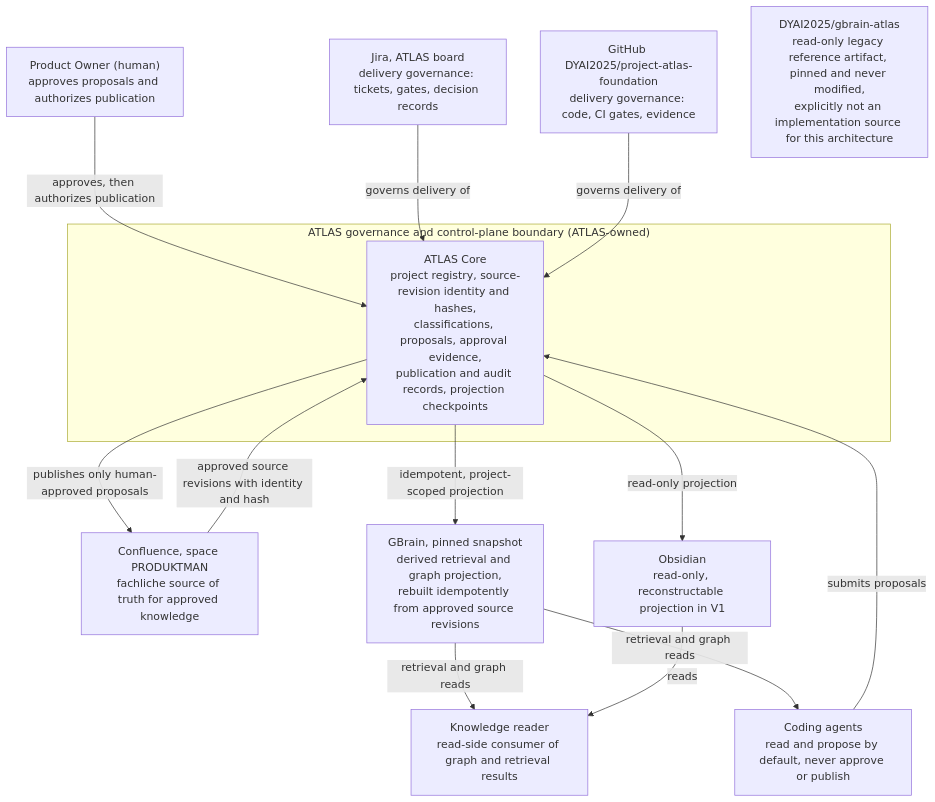
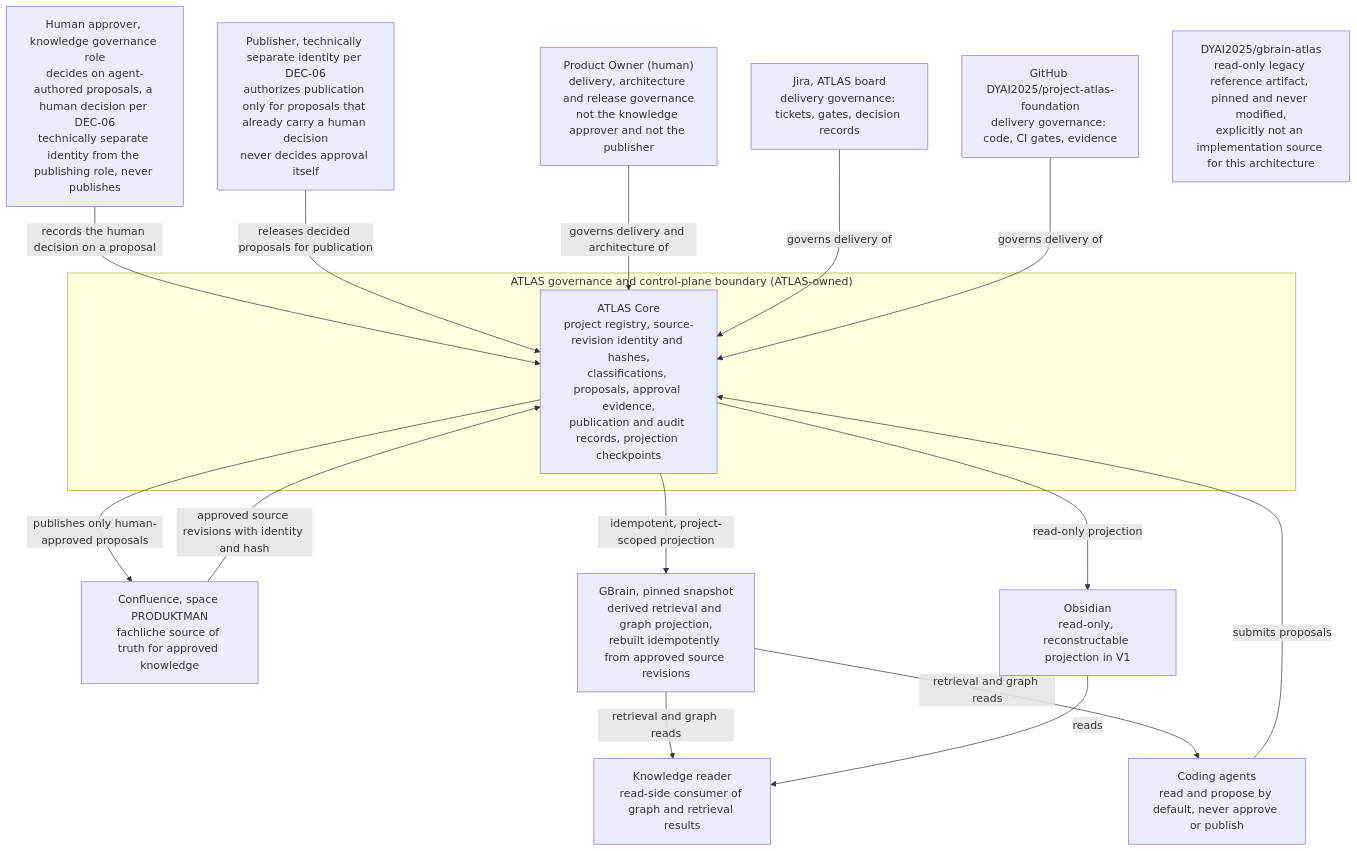
One commit to DYAI2025/project-atlas-foundation changed the diagram in architecture/c4-context.mmd. Above: the diagram before and after it, drawn with Mermaid. The commit also changed 1 other file, not shown here.

```diff
--- a/architecture/c4-context.mmd
+++ b/architecture/c4-context.mmd
@@ -1,38 +1,49 @@
 %% C4 Level 1 — System Context, Project ATLAS
 %% Declared by architecture-decision.json (AD-001) as diagram_paths[0].
 %% Authoritative reasoning: architecture/adr/ADR-0001-canonical-store-and-gbrain-projection.md
 %% Scope limits: this is the APPROVED ARCHITECTURE BOUNDARY at context granularity.
 %%   - It is not an implementation-status claim. AD-001 is "conditional" and
 %%     reports/release-decision.json is NOT_READY; runtime containers do not exist yet.
 %%   - It is not a container or deployment diagram. Technology and stack choices are
 %%     deliberately absent, including any graph UI stack (approval-boundary.md item 7).
+%% Knowledge governance follows DEC-06 exactly and adds nothing to it:
+%%   - regular coding agents hold read and propose only;
+%%   - an agent-authored knowledge change needs a human decision;
+%%   - the deciding role and the publishing role are technically separate identities;
+%%   - direct agent publication does not exist.
+%% Which person or team is assigned either role is an operational matter, not an
+%% architecture statement, so no delivery role is drawn as the knowledge authority.
 flowchart TB
 
-  PO["Product Owner (human)<br/>approves proposals and authorizes publication"]
+  APPROVER["Human approver, knowledge governance role<br/>decides on agent-authored proposals, a human decision per DEC-06<br/>technically separate identity from the publishing role, never publishes"]
+  PUBLISHER["Publisher, technically separate identity per DEC-06<br/>authorizes publication only for proposals that already carry a human decision<br/>never decides approval itself"]
+  PO["Product Owner (human)<br/>delivery, architecture and release governance<br/>not the knowledge approver and not the publisher"]
   AGENT["Coding agents<br/>read and propose by default, never approve or publish"]
   READER["Knowledge reader<br/>read-side consumer of graph and retrieval results"]
 
   CONF["Confluence, space PRODUKTMAN<br/>fachliche source of truth for approved knowledge"]
   JIRA["Jira, ATLAS board<br/>delivery governance: tickets, gates, decision records"]
   GH["GitHub DYAI2025/project-atlas-foundation<br/>delivery governance: code, CI gates, evidence"]
 
   subgraph ATLAS_BOUNDARY["ATLAS governance and control-plane boundary (ATLAS-owned)"]
     CORE["ATLAS Core<br/>project registry, source-revision identity and hashes,<br/>classifications, proposals, approval evidence,<br/>publication and audit records, projection checkpoints"]
   end
 
   GBRAIN["GBrain, pinned snapshot<br/>derived retrieval and graph projection,<br/>rebuilt idempotently from approved source revisions"]
   OBS["Obsidian<br/>read-only, reconstructable projection in V1"]
 
   LEGACY["DYAI2025/gbrain-atlas<br/>read-only legacy reference artifact, pinned and never modified,<br/>explicitly not an implementation source for this architecture"]
 
   AGENT -->|"submits proposals"| CORE
-  PO -->|"approves, then authorizes publication"| CORE
+  APPROVER -->|"records the human decision on a proposal"| CORE
+  PUBLISHER -->|"releases decided proposals for publication"| CORE
+  PO -->|"governs delivery and architecture of"| CORE
   CONF -->|"approved source revisions with identity and hash"| CORE
   CORE -->|"publishes only human-approved proposals"| CONF
   CORE -->|"idempotent, project-scoped projection"| GBRAIN
   CORE -->|"read-only projection"| OBS
   GBRAIN -->|"retrieval and graph reads"| READER
   GBRAIN -->|"retrieval and graph reads"| AGENT
   OBS -->|"reads"| READER
   JIRA -->|"governs delivery of"| CORE
   GH -->|"governs delivery of"| CORE
```
